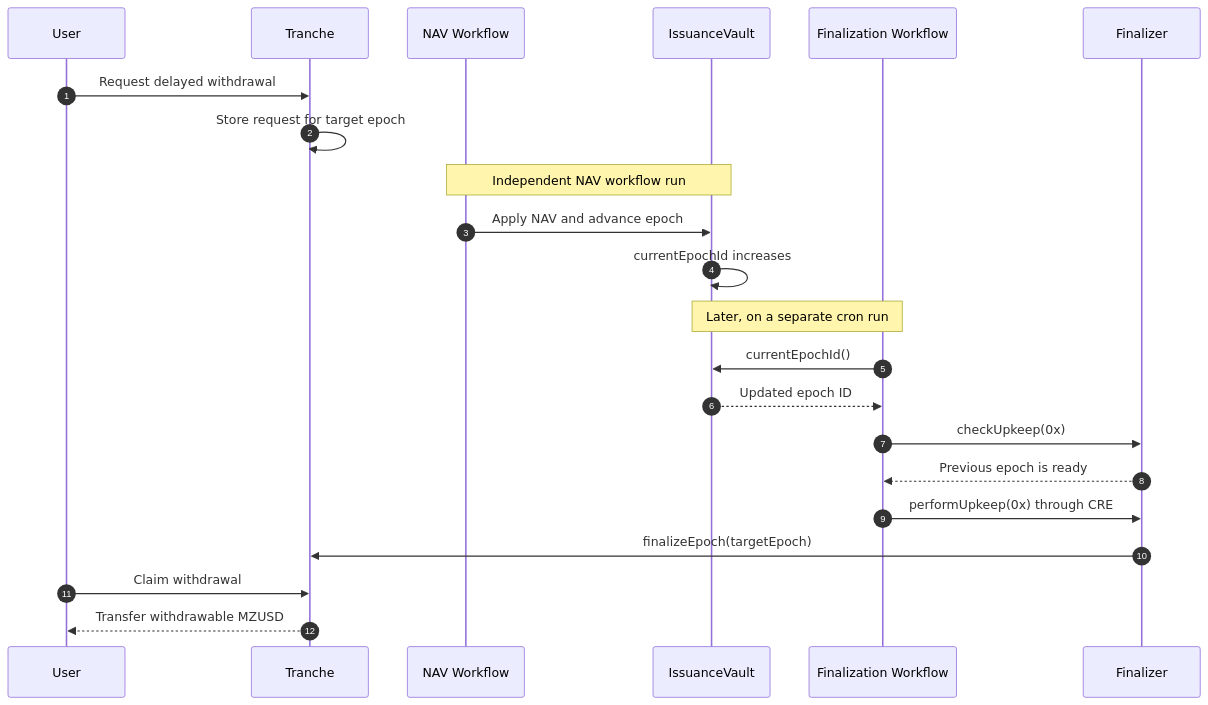
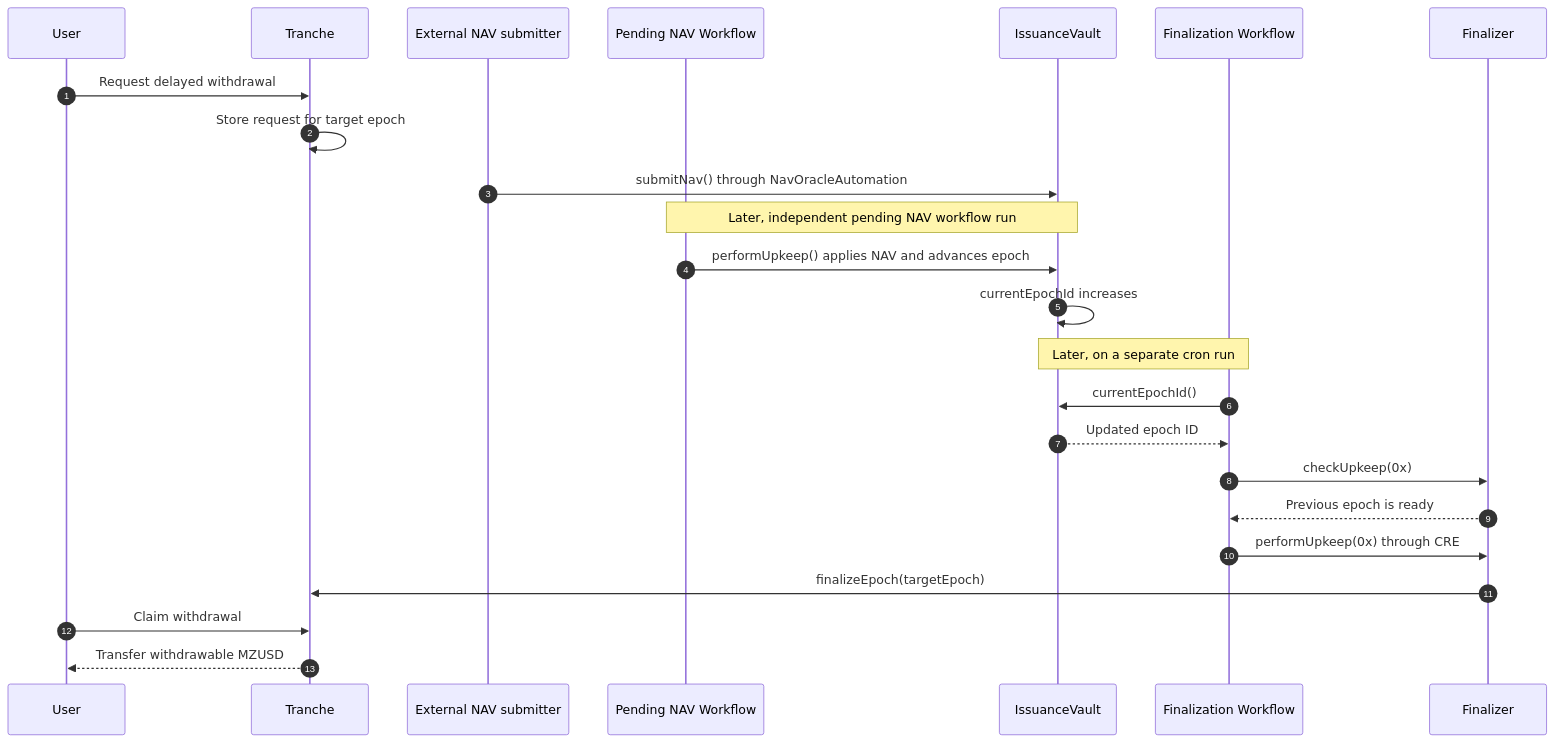
Before and after one commit to mezzanine-finance/smart-contracts: the diagram in integration-docs/cre-automation-diagrams/05-flow-connection.mmd, drawn with Mermaid. The commit also changed 11 other files, not shown here.

Commit message:
docs: align CRE automation flows with agreed scope

```diff
--- a/integration-docs/cre-automation-diagrams/05-flow-connection.mmd
+++ b/integration-docs/cre-automation-diagrams/05-flow-connection.mmd
@@ -1,23 +1,25 @@
 sequenceDiagram
     autonumber
     participant User
     participant Tranche
-    participant NAV as NAV Workflow
+    participant Submitter as External NAV submitter
+    participant NAV as Pending NAV Workflow
     participant Vault as IssuanceVault
     participant FIN as Finalization Workflow
     participant Finalizer
 
     User->>Tranche: Request delayed withdrawal
     Tranche->>Tranche: Store request for target epoch
-    Note over NAV,Vault: Independent NAV workflow run
-    NAV->>Vault: Apply NAV and advance epoch
+    Submitter->>Vault: submitNav() through NavOracleAutomation
+    Note over NAV,Vault: Later, independent pending NAV workflow run
+    NAV->>Vault: performUpkeep() applies NAV and advances epoch
     Vault->>Vault: currentEpochId increases
     Note over Vault,FIN: Later, on a separate cron run
     FIN->>Vault: currentEpochId()
     Vault-->>FIN: Updated epoch ID
     FIN->>Finalizer: checkUpkeep(0x)
     Finalizer-->>FIN: Previous epoch is ready
     FIN->>Finalizer: performUpkeep(0x) through CRE
     Finalizer->>Tranche: finalizeEpoch(targetEpoch)
     User->>Tranche: Claim withdrawal
     Tranche-->>User: Transfer withdrawable MZUSD
```
